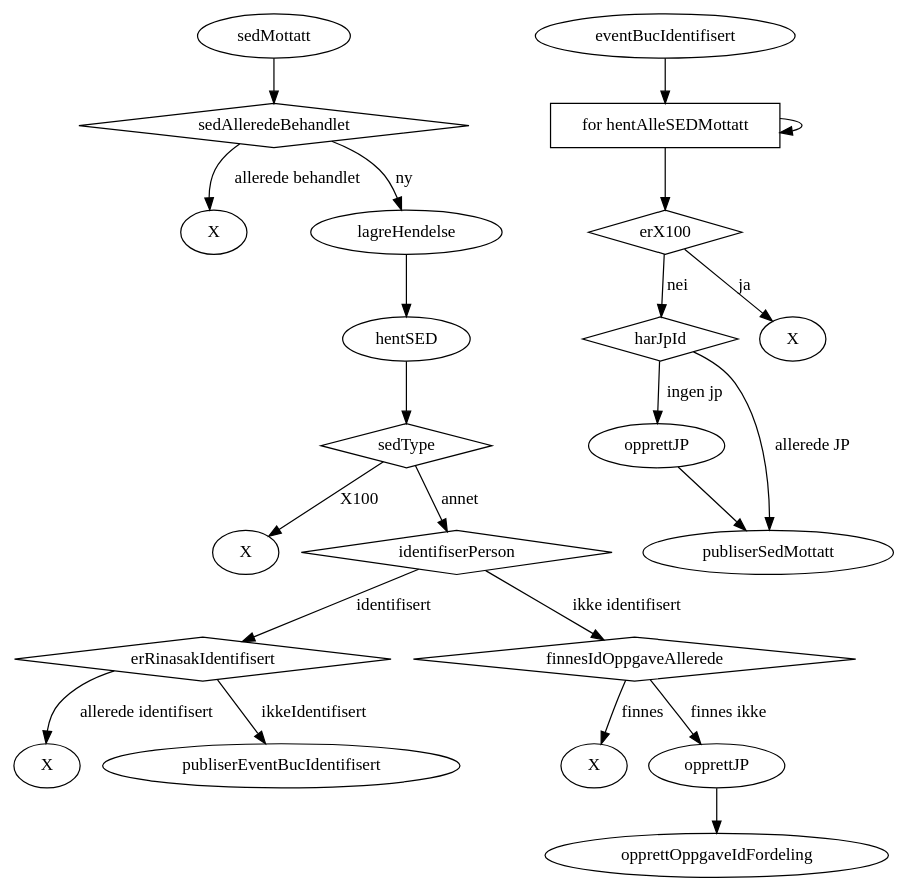
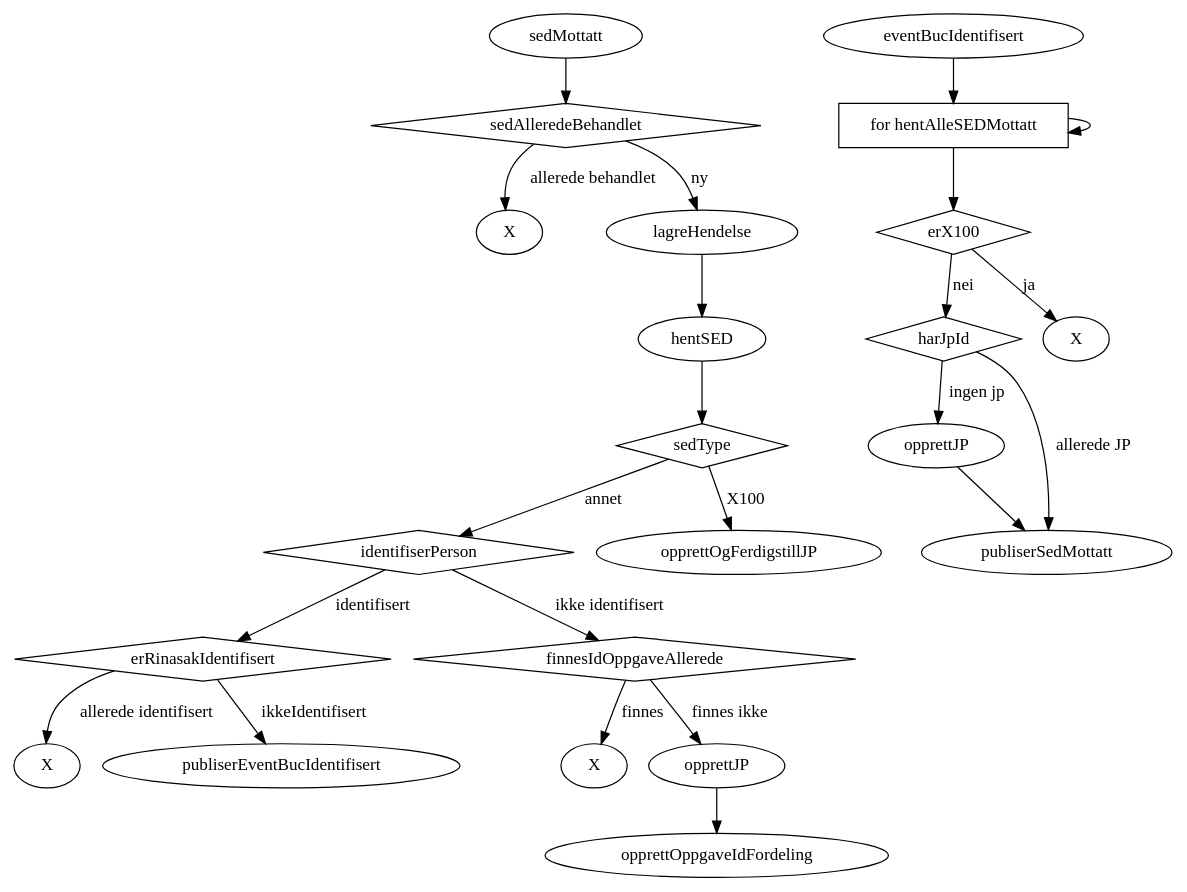
Before and after one commit to navikt/melosys-eessi: the diagram in diagrammer/SedMottak.dot, drawn with Graphviz. The commit also changed 7 other files, not shown here.

```diff
--- a/diagrammer/SedMottak.dot
+++ b/diagrammer/SedMottak.dot
@@ -1,49 +1,48 @@
 digraph SEDMottak {
     X_sedAlleredeBehandlet [label="X"];
-    X_x100 [label="X"];
     X_lagreIdentifisertPerson [label="X"];
     X_opprettOppgaveIdentifisering [label="X"];
     sedAlleredeBehandlet [shape=diamond];
     sedType [shape=diamond];
     identifiserPerson [shape=diamond];
     erRinasakIdentifisert [shape=diamond];
     finnesIdOppgaveAllerede [shape=diamond];
 
     sedMottatt -> sedAlleredeBehandlet;
     sedAlleredeBehandlet -> X_sedAlleredeBehandlet [label="allerede behandlet"];
 
     sedAlleredeBehandlet -> lagreHendelse [label="ny"];
     lagreHendelse -> hentSED;
 
     hentSED -> sedType;
-    sedType -> X_x100 [label="X100"];
+    sedType -> opprettOgFerdigstillJP [label="X100"];
     sedType -> identifiserPerson [label="annet"];
 
     identifiserPerson -> erRinasakIdentifisert [label="identifisert"];
     erRinasakIdentifisert -> X_lagreIdentifisertPerson [label="allerede identifisert"];
     erRinasakIdentifisert -> publiserEventBucIdentifisert [label="ikkeIdentifisert"]
 
     identifiserPerson -> finnesIdOppgaveAllerede [label="ikke identifisert"];
     finnesIdOppgaveAllerede -> X_opprettOppgaveIdentifisering [label="finnes"]
     finnesIdOppgaveAllerede -> opprettJP [label="finnes ikke"]
     opprettJP -> opprettOppgaveIdFordeling
 
     subgraph BucIdentifisert {
         erX100 [shape=diamond];
         harJpId [shape=diamond];
         X_BucIdentifisert_x100 [label="X"];
         opprettJP_BucIdentifisert [label="opprettJP"];
         hentAlleSEDMottatt [shape=rectangle, label="for hentAlleSEDMottatt"];
 
         eventBucIdentifisert;
         eventBucIdentifisert -> hentAlleSEDMottatt;
         hentAlleSEDMottatt -> hentAlleSEDMottatt;
         hentAlleSEDMottatt -> erX100;
         erX100 -> X_BucIdentifisert_x100 [label="ja"];
 
         erX100 -> harJpId [label="nei"];
         harJpId -> publiserSedMottatt [label="allerede JP"];
         harJpId -> opprettJP_BucIdentifisert [label="ingen jp"];
         opprettJP_BucIdentifisert -> publiserSedMottatt;
     }
 }
```
